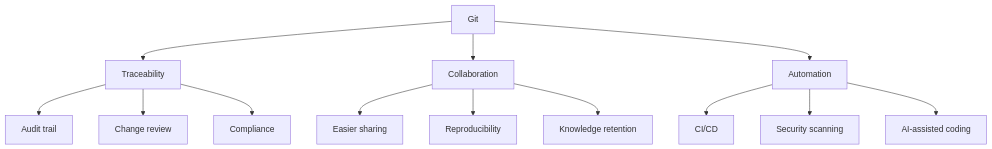
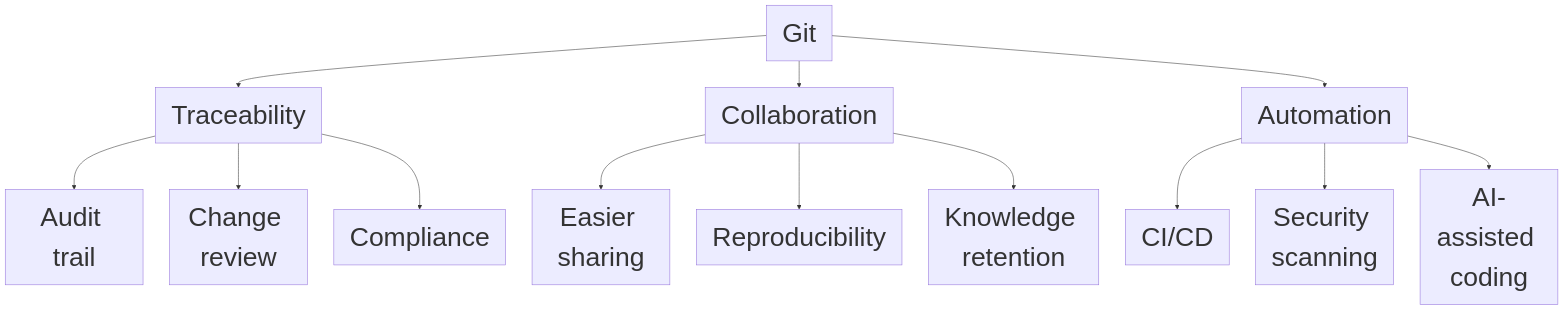
The diagram in white-paper/benefits.qmd (phuse-org/git-in-statistical-programming), drawn with Mermaid before and after one commit.

Commit message:
Update white-paper/benefits.qmd
Applied

````diff
--- a/white-paper/benefits.qmd
+++ b/white-paper/benefits.qmd
@@ -7,38 +7,40 @@
 ```{mermaid}
 %%| label: fig-git-benefits
 %%| fig-cap: "Overview of Git benefits"
+%%{init: {"themeVariables": {"fontSize": "50px"}}}%%
+
 flowchart TD
     git["Git"]
 
     trace["Traceability"]
     collab["Collaboration"]
     auto["Automation"]
 
     audit["Audit trail"]
     review["Change review"]
     compliance["Compliance"]
 
     share["Easier sharing"]
     repro["Reproducibility"]
     knowledge["Knowledge retention"]
 
     cicd["CI/CD"]
     security["Security scanning"]
     ai["AI-assisted coding"]
 
     git --> trace
     git --> collab
     git --> auto
 
     trace --> audit
     trace --> review
     trace --> compliance
 
     collab --> share
     collab --> repro
     collab --> knowledge
 
     auto --> cicd
     auto --> security
     auto --> ai
 ```
````
